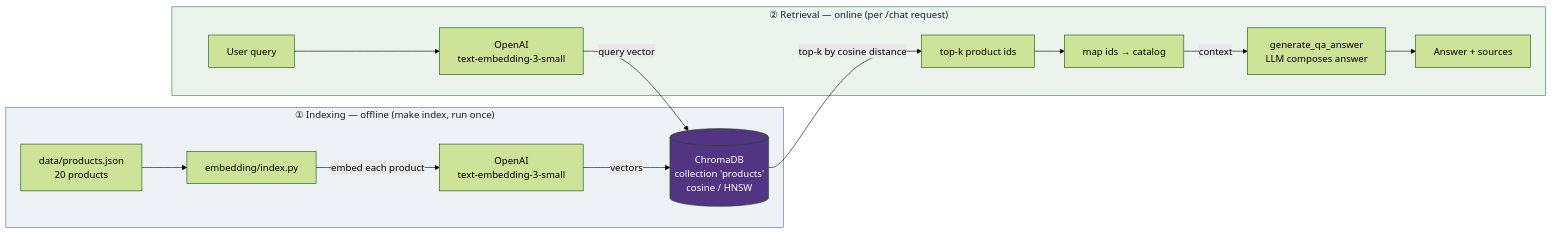
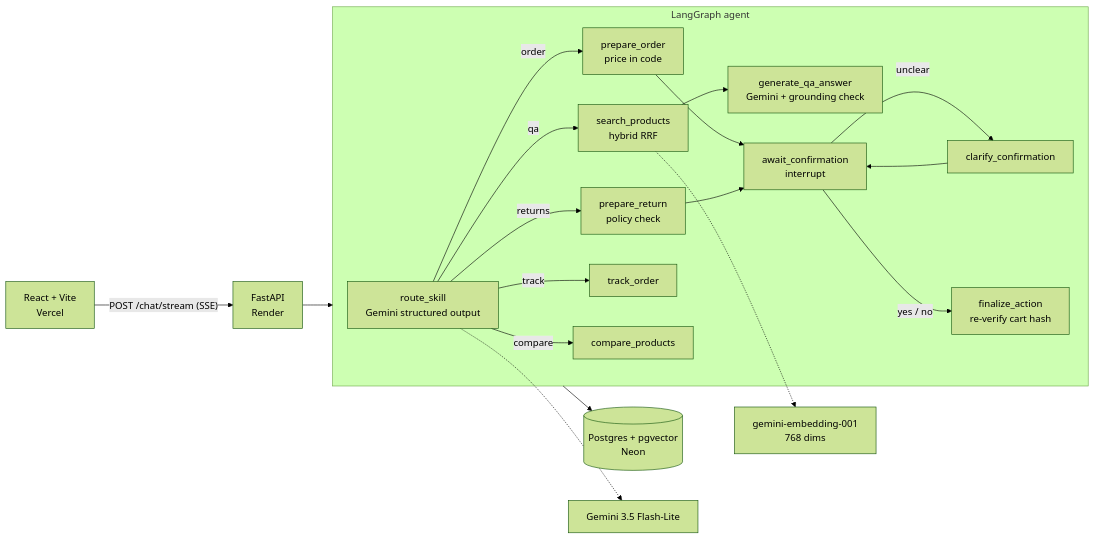
The diagram in README.md (Arunkumar7070/CartAgents), drawn with Mermaid (forest theme) before and after one commit. The commit also changed other lines of this file and 16 other files, not shown here.

````diff
--- a/README.md
+++ b/README.md
@@ -35,21 +25,21 @@
 ```mermaid
 flowchart LR
-    subgraph Offline["① Indexing — offline (make index, run once)"]
-        Cat[data/products.json<br/>20 products] --> Idx[embedding/index.py]
-        Idx -->|embed each product| EmbA[OpenAI<br/>text-embedding-3-small]
-        EmbA -->|vectors| Coll[("ChromaDB<br/>collection 'products'<br/>cosine / HNSW")]
+    UI[React + Vite<br/>Vercel] -- "POST /chat/stream (SSE)" --> API[FastAPI<br/>Render]
+    API --> Graph
+
+    subgraph Graph[LangGraph agent]
+        Route[route_skill<br/>Gemini structured output] -->|qa| Search[search_products<br/>hybrid RRF] --> Answer[generate_qa_answer<br/>Gemini + grounding check]
+        Route -->|order| Prep[prepare_order<br/>price in code]
+        Route -->|returns| Ret[prepare_return<br/>policy check]
+        Route -->|track| Track[track_order]
+        Route -->|compare| Cmp[compare_products]
+        Prep --> Wait[await_confirmation<br/>interrupt]
+        Ret --> Wait
+        Wait -->|unclear| Clarify[clarify_confirmation] --> Wait
+        Wait -->|yes / no| Final[finalize_action<br/>re-verify cart hash]
     end
 
-    subgraph Online["② Retrieval — online (per /chat request)"]
-        Q[User query] --> EmbB[OpenAI<br/>text-embedding-3-small]
-        EmbB -->|query vector| Coll
-        Coll -->|top-k by cosine distance| Hits[top-k product ids]
-        Hits --> Map[map ids → catalog]
-        Map -->|context| Gen[generate_qa_answer<br/>LLM composes answer]
-        Gen --> Ans[Answer + sources]
-    end
-
-    style Offline fill:#eef2f7,stroke:#5b6b8c,color:#1a1a2e
-    style Online fill:#eaf3ec,stroke:#3a7d54,color:#1a1a2e
-    style Coll fill:#533483,color:#fff
+    Graph --> PG[(Postgres + pgvector<br/>Neon)]
+    Route -.-> Gemini[Gemini 3.5 Flash-Lite]
+    Search -.-> Emb[gemini-embedding-001<br/>768 dims]
 ```
````
